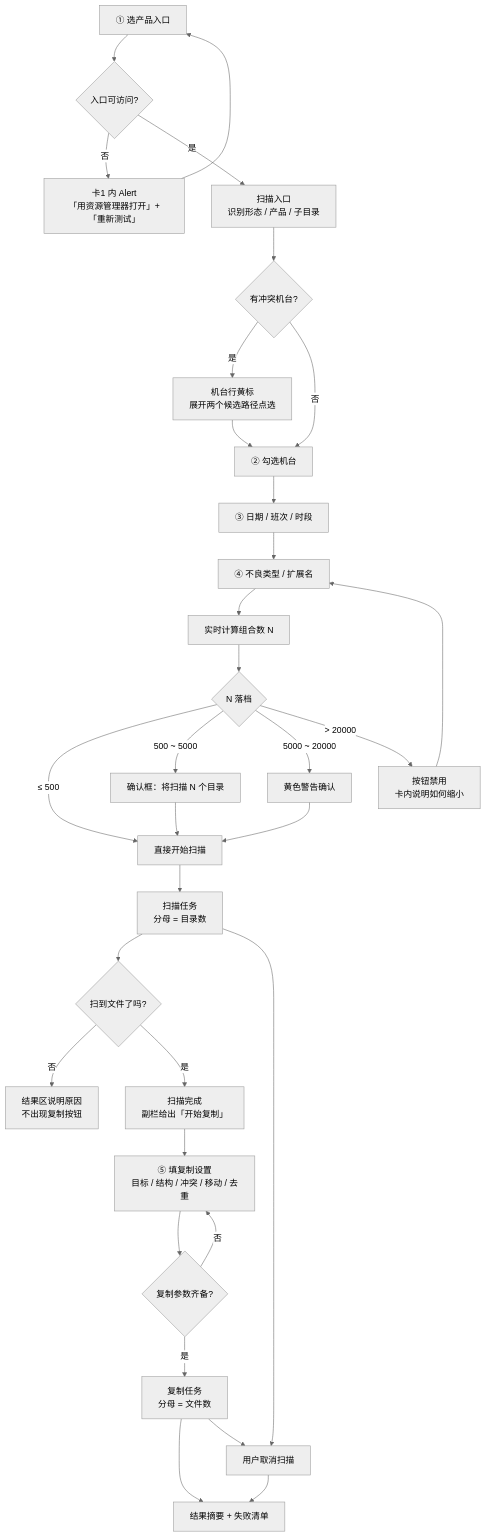
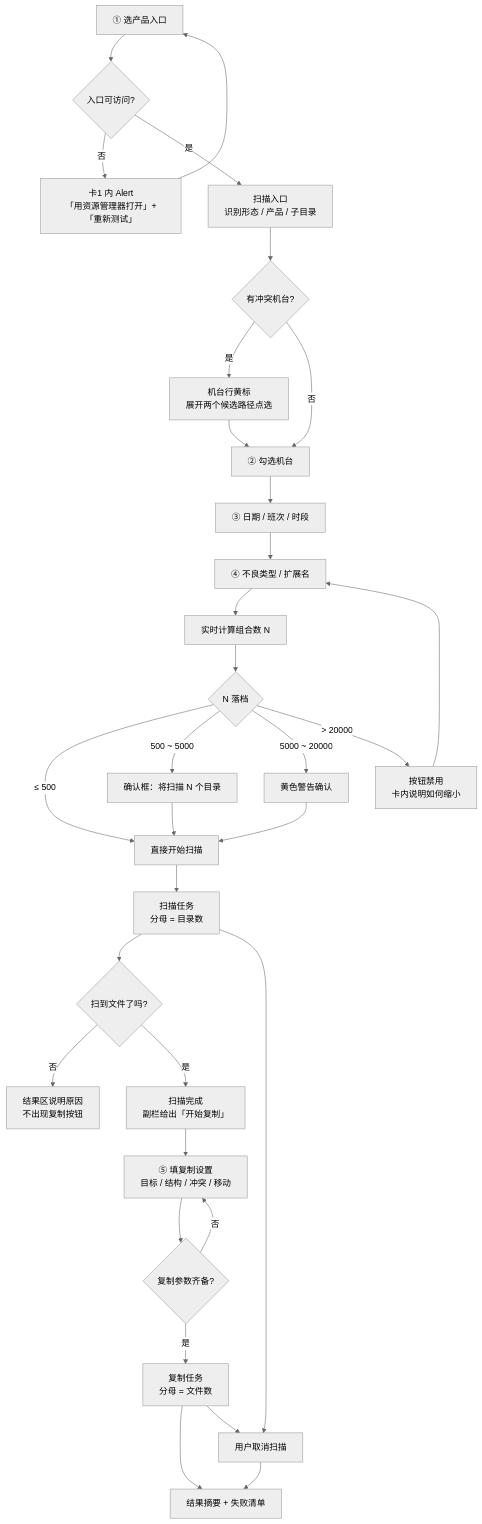
One commit to lynusx/shx-tools-app changed the third of 5 diagrams in shx-tools-UI设计规范.md. Above: the diagram before and after it, drawn with Mermaid (neutral theme). The commit also changed other lines of this file and 3 other files, not shown here.

````diff
--- a/shx-tools-UI设计规范.md
+++ b/shx-tools-UI设计规范.md
@@ -182,33 +184,33 @@
 ```mermaid
 flowchart TD
   A["① 选产品入口"] --> B{"入口可访问?"}
   B -- 否 --> B1["卡1 内 Alert<br/>「用资源管理器打开」+「重新测试」"]
   B1 --> A
   B -- 是 --> C["扫描入口<br/>识别形态 / 产品 / 子目录"]
   C --> D{"有冲突机台?"}
   D -- 是 --> D1["机台行黄标<br/>展开两个候选路径点选"]
   D1 --> E
   D -- 否 --> E["② 勾选机台"]
   E --> F["③ 日期 / 班次 / 时段"]
   F --> G["④ 不良类型 / 扩展名"]
   G --> H["实时计算组合数 N"]
   H --> I{"N 落档"}
   I -- "≤ 500" --> J["直接开始扫描"]
   I -- "500 ~ 5000" --> J1["确认框：将扫描 N 个目录"]
   I -- "5000 ~ 20000" --> J2["黄色警告确认"]
   I -- "> 20000" --> J3["按钮禁用<br/>卡内说明如何缩小"]
   J3 --> G
   J1 --> J
   J2 --> J
   J --> K["扫描任务<br/>分母 = 目录数"]
   K --> K1{"扫到文件了吗?"}
   K1 -- 否 --> K2["结果区说明原因<br/>不出现复制按钮"]
   K1 -- 是 --> L["扫描完成<br/>副栏给出「开始复制」"]
-  L --> M["⑤ 填复制设置<br/>目标 / 结构 / 冲突 / 移动 / 去重"]
+  L --> M["⑤ 填复制设置<br/>目标 / 结构 / 冲突 / 移动"]
   M --> M1{"复制参数齐备?"}
   M1 -- 否 --> M
   M1 -- 是 --> N["复制任务<br/>分母 = 文件数"]
   N --> O["结果摘要 + 失败清单"]
   K --> P["用户取消扫描"] --> O
   N --> P
 ```
````
